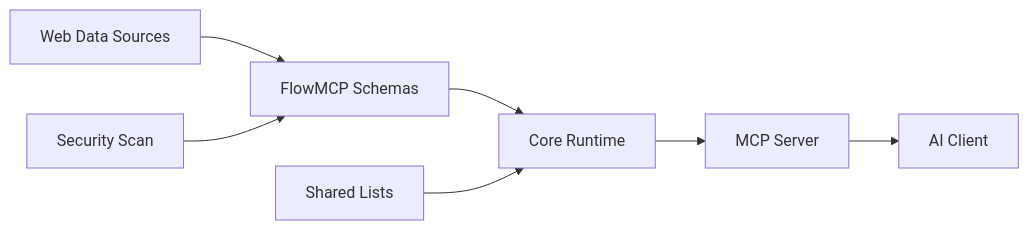
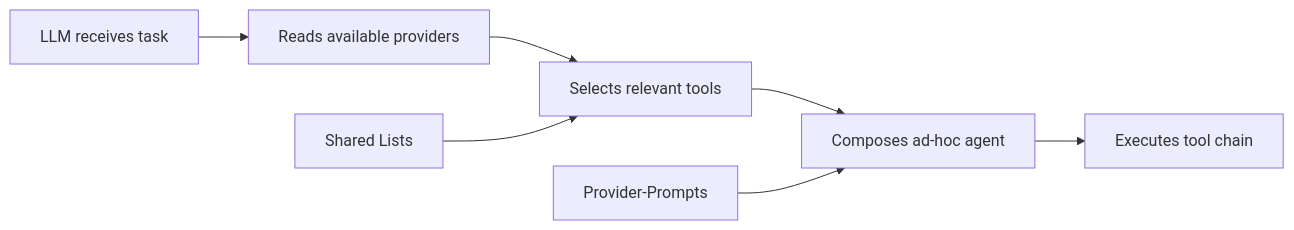
One commit to FlowMCP/flowmcp-spec changed the second of 3 diagrams in spec/v3.0.0/00-overview.md. Above: the diagram before and after it, drawn with Mermaid. The commit also changed other lines of this file and 15 other files, not shown here.

````diff
--- a/spec/v3.0.0/00-overview.md
+++ b/spec/v3.0.0/00-overview.md
@@ -28,10 +109,10 @@
 ```mermaid
 flowchart LR
-    A[Web Data Sources] --> B[FlowMCP Schemas]
-    B --> C[Core Runtime]
-    C --> D[MCP Server]
-    D --> E[AI Client]
+    A[LLM receives task] --> B[Reads available providers]
+    B --> C[Selects relevant tools]
+    C --> D[Composes ad-hoc agent]
+    D --> E[Executes tool chain]
 
     F[Shared Lists] --> C
-    G[Security Scan] --> B
+    G[Provider-Prompts] --> D
 ```
````
